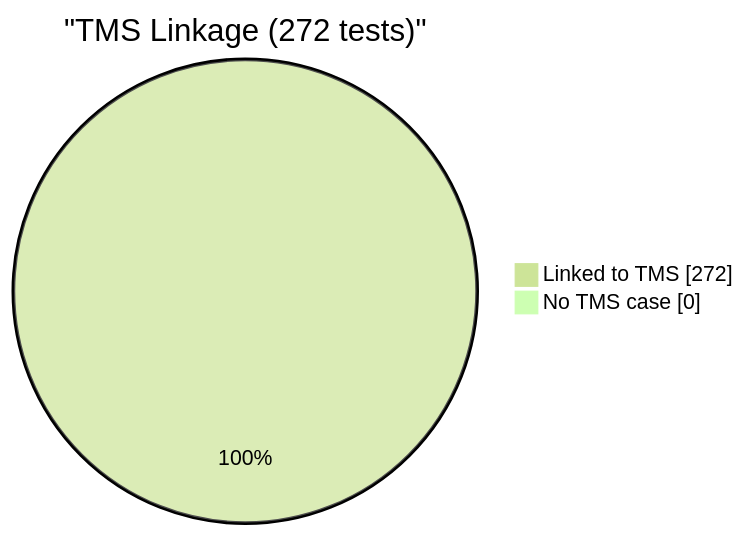
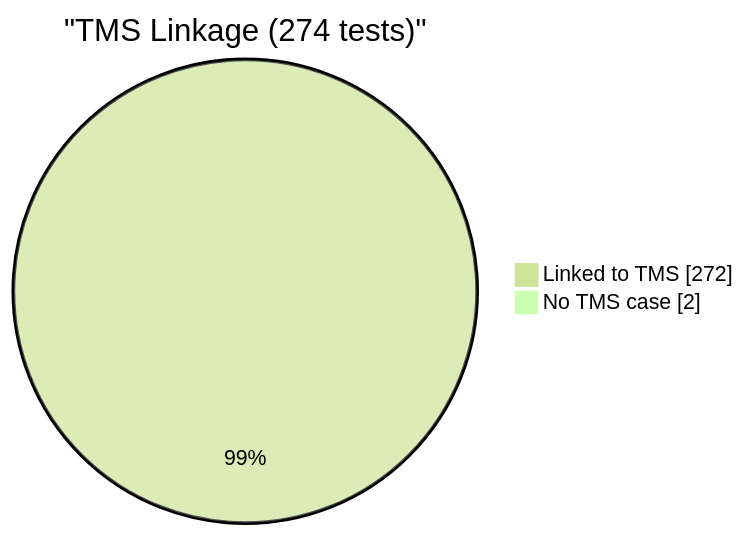
Before and after one commit to EliteaAI/onetest-ai-tm-Elitea: the fourth of 6 diagrams in reports/dashboard.md, drawn with Mermaid (forest theme). The commit also changed other lines of this file and 1 other file, not shown here.

````diff
--- a/reports/dashboard.md
+++ b/reports/dashboard.md
@@ -77,6 +77,6 @@
 ```mermaid
 pie showData
-    title "TMS Linkage (272 tests)"
+    title "TMS Linkage (274 tests)"
     "Linked to TMS" : 272
-    "No TMS case" : 0
+    "No TMS case" : 2
 ```
````
